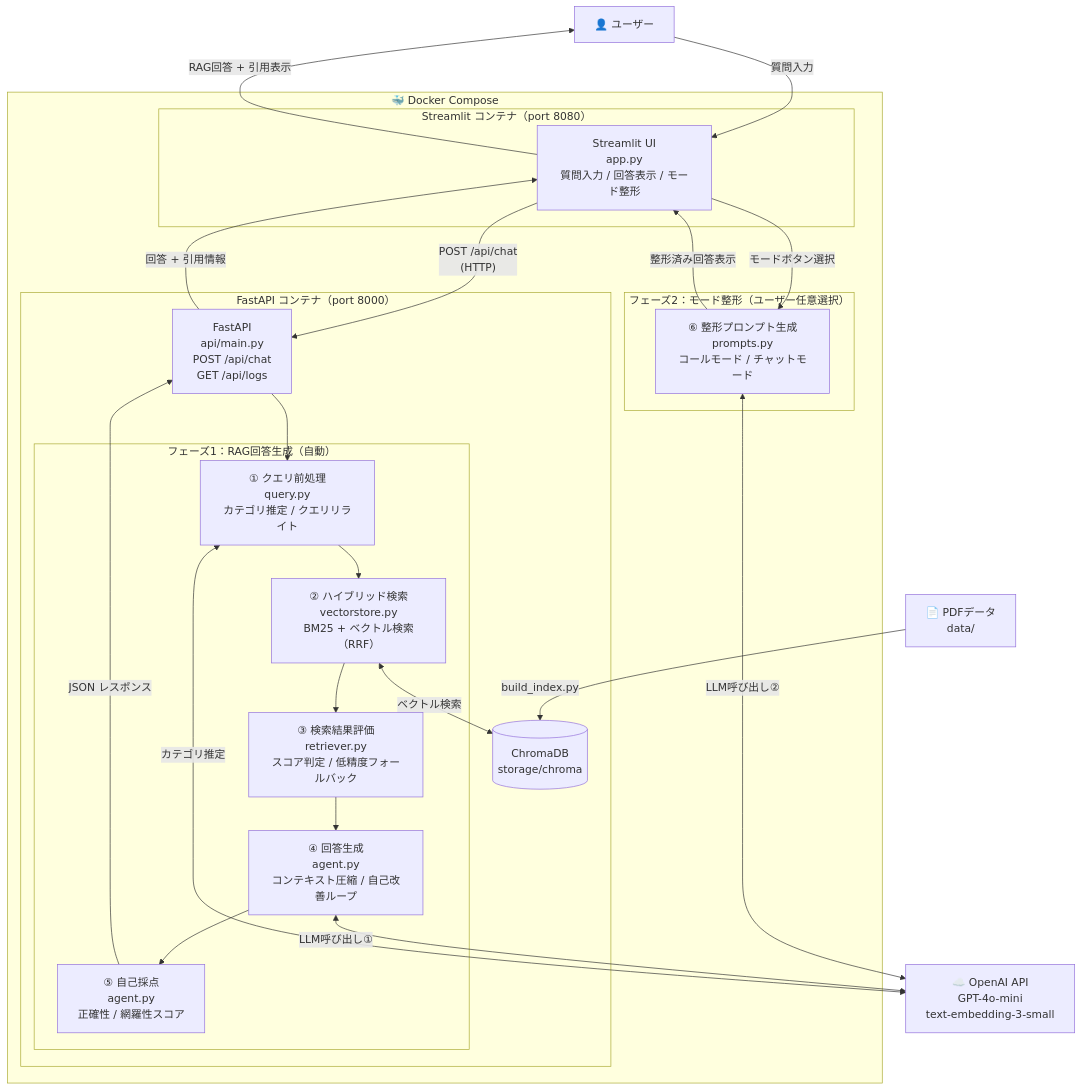
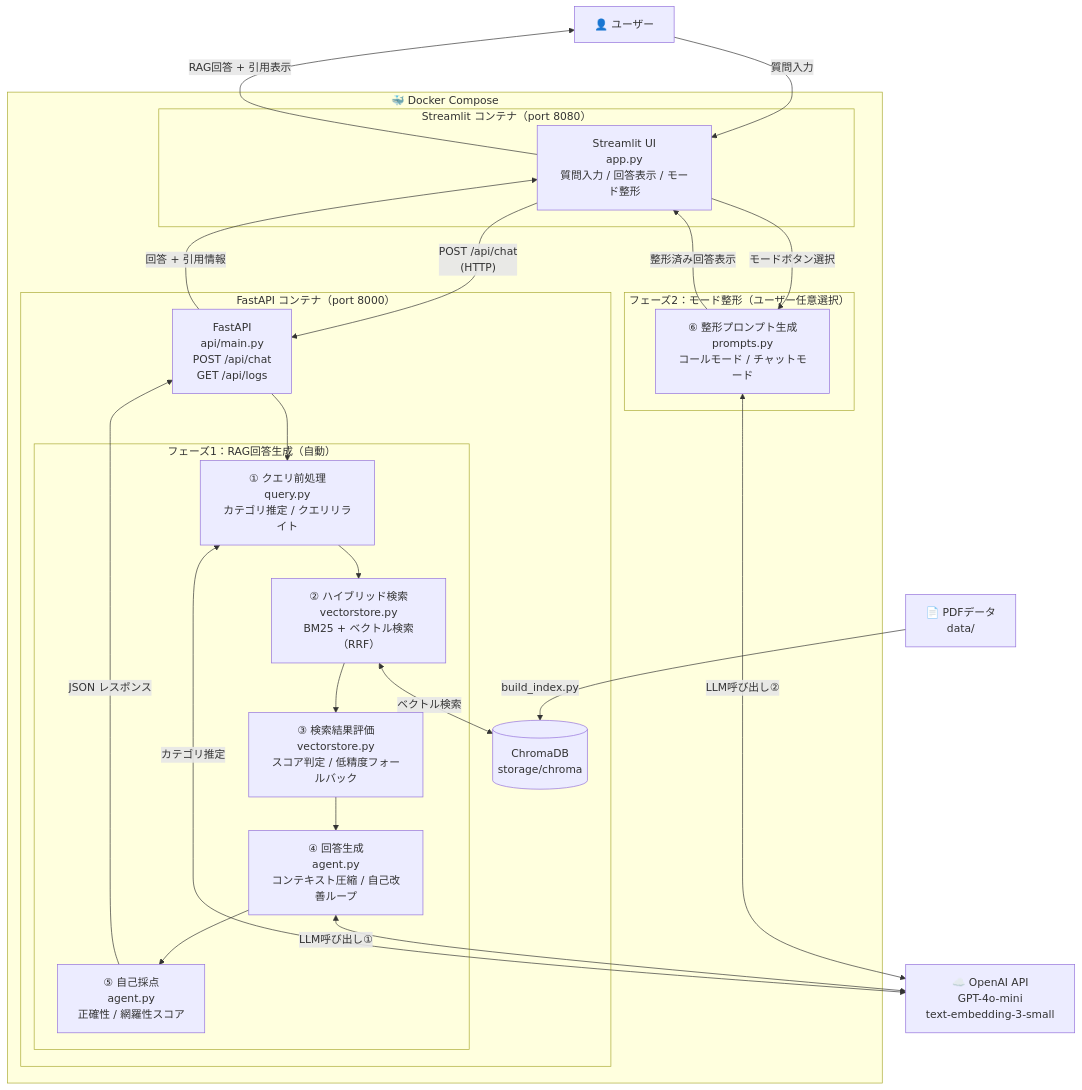
The diagram in README.md (biguver-cloud/rag-customer-support-agent), drawn with Mermaid before and after one commit. The commit also changed other lines of this file and 1 other file, not shown here.

Commit message:
fix: 壊れた未使用ファイル rag/retriever.py を削除 (#131)
- rag/retriever.py はどこからもimportされておらず未使用。
  さらに自身のimport文(from config import ...)が壊れており、
  実行すればImportErrorになる状態だった
- 実際の検索・スコア判定・フォールバック処理はrag/vectorstore.pyに
  実装されており、retriever.pyは完全に重複・不要
- README.mdのディレクトリ構成とアーキテクチャ図のretriever.pyへの
  参照も、実態に合わせてvectorstore.pyに修正（ディレクトリ構成からは削除）

closes #130

````diff
--- a/README.md
+++ b/README.md
@@ -151,51 +150,51 @@
 ```mermaid
 graph TD
     User["👤 ユーザー"]
 
     subgraph DockerCompose["🐳 Docker Compose"]
         subgraph StreamlitContainer["Streamlit コンテナ（port 8080）"]
             UI["Streamlit UI\napp.py\n質問入力 / 回答表示 / モード整形"]
         end
 
         subgraph FastAPIContainer["FastAPI コンテナ（port 8000）"]
             API["FastAPI\napi/main.py\nPOST /api/chat\nGET  /api/logs"]
 
             subgraph Phase1["フェーズ1：RAG回答生成（自動）"]
                 Q["① クエリ前処理\nquery.py\nカテゴリ推定 / クエリリライト"]
                 S["② ハイブリッド検索\nvectorstore.py\nBM25 + ベクトル検索（RRF）"]
-                E["③ 検索結果評価\nretriever.py\nスコア判定 / 低精度フォールバック"]
+                E["③ 検索結果評価\nvectorstore.py\nスコア判定 / 低精度フォールバック"]
                 A["④ 回答生成\nagent.py\nコンテキスト圧縮 / 自己改善ループ"]
                 SC["⑤ 自己採点\nagent.py\n正確性 / 網羅性スコア"]
             end
 
             DB[("ChromaDB\nstorage/chroma")]
         end
 
         subgraph Phase2["フェーズ2：モード整形（ユーザー任意選択）"]
             P["⑥ 整形プロンプト生成\nprompts.py\nコールモード / チャットモード"]
         end
     end
 
     OAI["☁️ OpenAI API\nGPT-4o-mini\ntext-embedding-3-small"]
     PDF["📄 PDFデータ\ndata/"]
 
     User -->|質問入力| UI
     UI -->|"POST /api/chat\n(HTTP)"| API
     API --> Q
     Q --> S
     S <-->|ベクトル検索| DB
     S --> E
     E --> A
     A --> SC
     SC -->|JSON レスポンス| API
     API -->|回答 + 引用情報| UI
     UI -->|RAG回答 + 引用表示| User
 
     UI -->|モードボタン選択| P
     P -->|整形済み回答表示| UI
 
     A <-->|LLM呼び出し①| OAI
     Q <-->|カテゴリ推定| OAI
     P <-->|LLM呼び出し②| OAI
     PDF -->|build_index.py| DB
 ```
````
